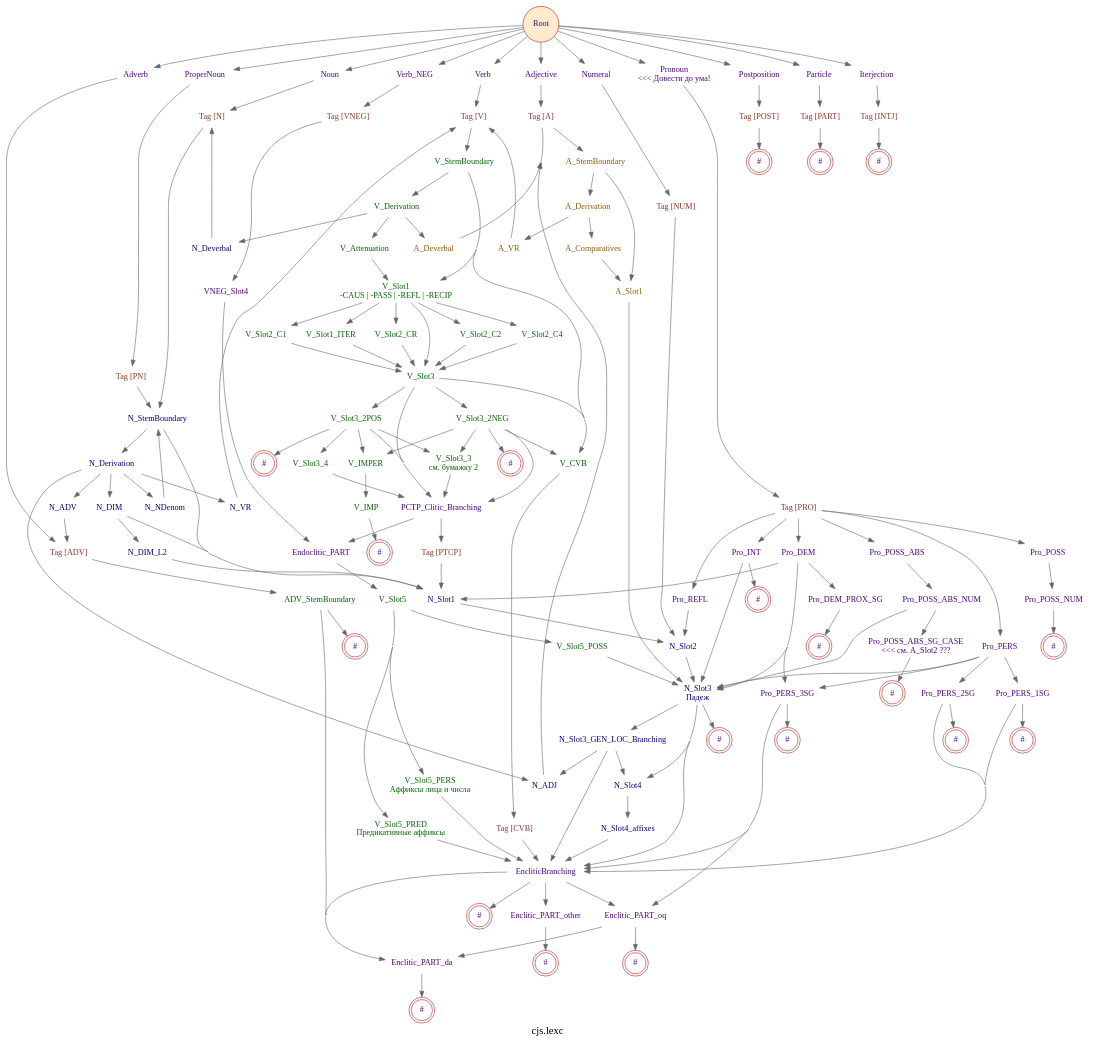
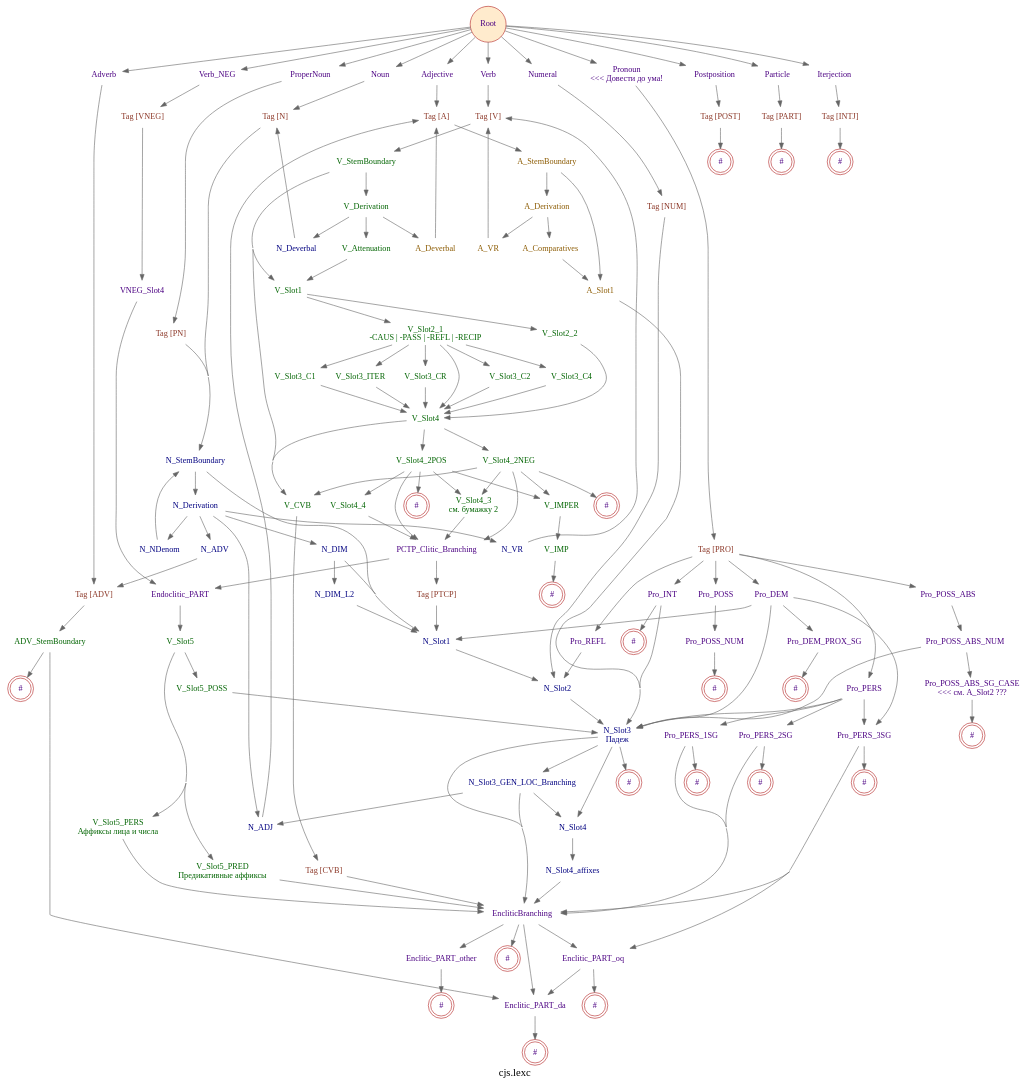
The diagram in cjs.lexc.gv (kyrill-shakhovtsov/cjs-morphology-fst), drawn with Graphviz before and after one commit. The commit also changed 19 other files, not shown here.

```diff
--- a/cjs.lexc.gv
+++ b/cjs.lexc.gv
@@ -111,7 +111,7 @@
 		label=V_Derivation];
 	V_StemBoundary -> V_Derivation;
 	V_Slot1	 [fontcolor=darkgreen,
-		label="V_Slot1\n-CAUS | -PASS | -REFL | -RECIP"];
+		label=V_Slot1];
 	V_StemBoundary -> V_Slot1;
 	V_CVB	 [fontcolor=darkgreen,
 		label=V_CVB];
@@ -127,72 +127,78 @@
 	A_Deverbal	 [fontcolor=orange4,
 		label=A_Deverbal];
 	V_Derivation -> A_Deverbal;
-	V_Slot2_C2	 [fontcolor=darkgreen,
-		label=V_Slot2_C2];
-	V_Slot1 -> V_Slot2_C2;
-	V_Slot2_C4	 [fontcolor=darkgreen,
-		label=V_Slot2_C4];
-	V_Slot1 -> V_Slot2_C4;
-	V_Slot2_C1	 [fontcolor=darkgreen,
-		label=V_Slot2_C1];
-	V_Slot1 -> V_Slot2_C1;
-	V_Slot1_ITER	 [fontcolor=darkgreen,
-		label=V_Slot1_ITER];
-	V_Slot1 -> V_Slot1_ITER;
-	V_Slot3	 [fontcolor=darkgreen,
-		label=V_Slot3];
-	V_Slot1 -> V_Slot3;
-	V_Slot2_CR	 [fontcolor=darkgreen,
-		label=V_Slot2_CR];
-	V_Slot1 -> V_Slot2_CR;
+	V_Slot2_2	 [fontcolor=darkgreen,
+		label=V_Slot2_2];
+	V_Slot1 -> V_Slot2_2;
+	V_Slot2_1	 [fontcolor=darkgreen,
+		label="V_Slot2_1\n-CAUS | -PASS | -REFL | -RECIP"];
+	V_Slot1 -> V_Slot2_1;
 	Tag_CVB	 [fontcolor=tomato4,
 		label="Tag [CVB]"];
 	V_CVB -> Tag_CVB;
 	V_Attenuation -> V_Slot1;
 	N_Deverbal -> Tag_N;
 	A_Deverbal -> Tag_A;
-	V_Slot2_C2 -> V_Slot3;
-	V_Slot2_C4 -> V_Slot3;
-	V_Slot2_C1 -> V_Slot3;
-	V_Slot1_ITER -> V_Slot3;
-	V_Slot3 -> V_CVB;
+	V_Slot4	 [fontcolor=darkgreen,
+		label=V_Slot4];
+	V_Slot2_2 -> V_Slot4;
+	V_Slot3_C2	 [fontcolor=darkgreen,
+		label=V_Slot3_C2];
+	V_Slot2_1 -> V_Slot3_C2;
+	V_Slot3_C4	 [fontcolor=darkgreen,
+		label=V_Slot3_C4];
+	V_Slot2_1 -> V_Slot3_C4;
+	V_Slot3_C1	 [fontcolor=darkgreen,
+		label=V_Slot3_C1];
+	V_Slot2_1 -> V_Slot3_C1;
+	V_Slot3_ITER	 [fontcolor=darkgreen,
+		label=V_Slot3_ITER];
+	V_Slot2_1 -> V_Slot3_ITER;
+	V_Slot2_1 -> V_Slot4;
+	V_Slot3_CR	 [fontcolor=darkgreen,
+		label=V_Slot3_CR];
+	V_Slot2_1 -> V_Slot3_CR;
+	V_Slot3_C2 -> V_Slot4;
+	V_Slot3_C4 -> V_Slot4;
+	V_Slot3_C1 -> V_Slot4;
+	V_Slot3_ITER -> V_Slot4;
+	V_Slot4 -> V_CVB;
+	V_Slot4_2NEG	 [fontcolor=darkgreen,
+		label=V_Slot4_2NEG];
+	V_Slot4 -> V_Slot4_2NEG;
+	V_Slot4_2POS	 [fontcolor=darkgreen,
+		label=V_Slot4_2POS];
+	V_Slot4 -> V_Slot4_2POS;
+	V_Slot3_CR -> V_Slot4;
+	V_Slot4_2NEG -> V_CVB;
+	V_Slot4_3	 [fontcolor=darkgreen,
+		label="V_Slot4_3\nсм. бумажку 2"];
+	V_Slot4_2NEG -> V_Slot4_3;
 	PCTP_Clitic_Branching	 [label=PCTP_Clitic_Branching];
-	V_Slot3 -> PCTP_Clitic_Branching;
-	V_Slot3_2NEG	 [fontcolor=darkgreen,
-		label=V_Slot3_2NEG];
-	V_Slot3 -> V_Slot3_2NEG;
-	V_Slot3_2POS	 [fontcolor=darkgreen,
-		label=V_Slot3_2POS];
-	V_Slot3 -> V_Slot3_2POS;
-	V_Slot2_CR -> V_Slot3;
+	V_Slot4_2NEG -> PCTP_Clitic_Branching;
+	V_IMPER	 [fontcolor=darkgreen,
+		label=V_IMPER];
+	V_Slot4_2NEG -> V_IMPER;
+	"V_Slot4_2NEG_#"	 [color=firebrick,
+		label="#",
+		shape=doublecircle];
+	V_Slot4_2NEG -> "V_Slot4_2NEG_#";
+	V_Slot4_2POS -> V_Slot4_3;
+	V_Slot4_4	 [fontcolor=darkgreen,
+		label=V_Slot4_4];
+	V_Slot4_2POS -> V_Slot4_4;
+	V_Slot4_2POS -> PCTP_Clitic_Branching;
+	"V_Slot4_2POS_#"	 [color=firebrick,
+		label="#",
+		shape=doublecircle];
+	V_Slot4_2POS -> "V_Slot4_2POS_#";
+	V_Slot4_2POS -> V_IMPER;
+	V_Slot4_3 -> PCTP_Clitic_Branching;
+	V_Slot4_4 -> PCTP_Clitic_Branching;
 	PCTP_Clitic_Branching -> Endoclitic_PART;
 	Tag_PTCP	 [fontcolor=tomato4,
 		label="Tag [PTCP]"];
 	PCTP_Clitic_Branching -> Tag_PTCP;
-	V_Slot3_2NEG -> V_CVB;
-	V_Slot3_2NEG -> PCTP_Clitic_Branching;
-	V_Slot3_3	 [fontcolor=darkgreen,
-		label="V_Slot3_3\nсм. бумажку 2"];
-	V_Slot3_2NEG -> V_Slot3_3;
-	V_IMPER	 [fontcolor=darkgreen,
-		label=V_IMPER];
-	V_Slot3_2NEG -> V_IMPER;
-	"V_Slot3_2NEG_#"	 [color=firebrick,
-		label="#",
-		shape=doublecircle];
-	V_Slot3_2NEG -> "V_Slot3_2NEG_#";
-	V_Slot3_2POS -> PCTP_Clitic_Branching;
-	V_Slot3_2POS -> V_Slot3_3;
-	V_Slot3_4	 [fontcolor=darkgreen,
-		label=V_Slot3_4];
-	V_Slot3_2POS -> V_Slot3_4;
-	"V_Slot3_2POS_#"	 [color=firebrick,
-		label="#",
-		shape=doublecircle];
-	V_Slot3_2POS -> "V_Slot3_2POS_#";
-	V_Slot3_2POS -> V_IMPER;
-	V_Slot3_3 -> PCTP_Clitic_Branching;
-	V_Slot3_4 -> PCTP_Clitic_Branching;
 	V_IMP	 [fontcolor=darkgreen,
 		label=V_IMP];
 	V_IMPER -> V_IMP;
```
